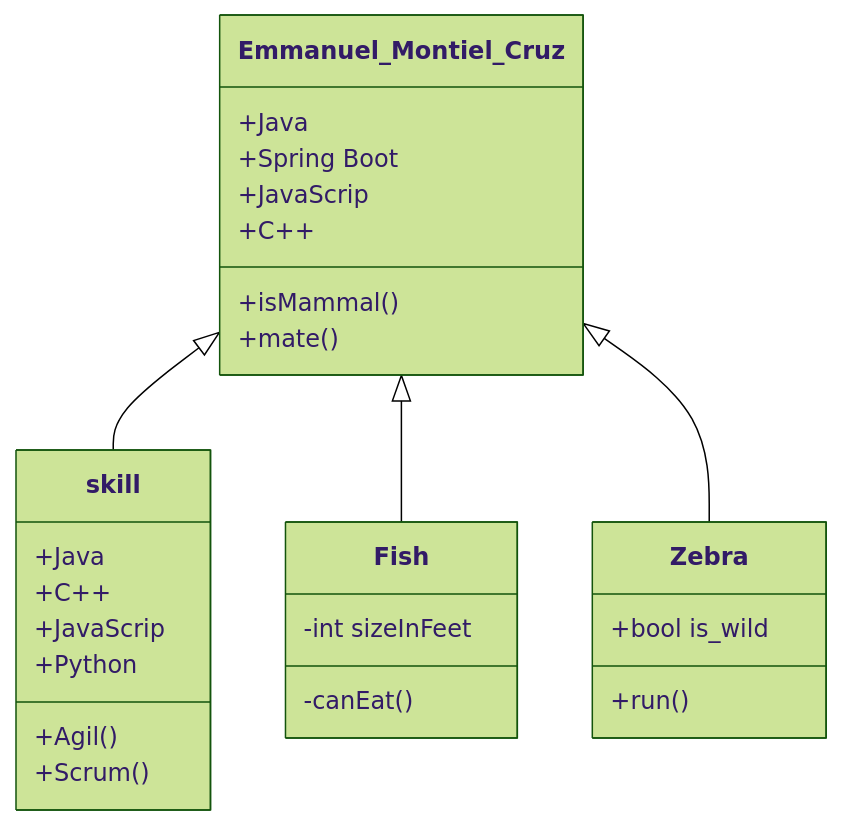
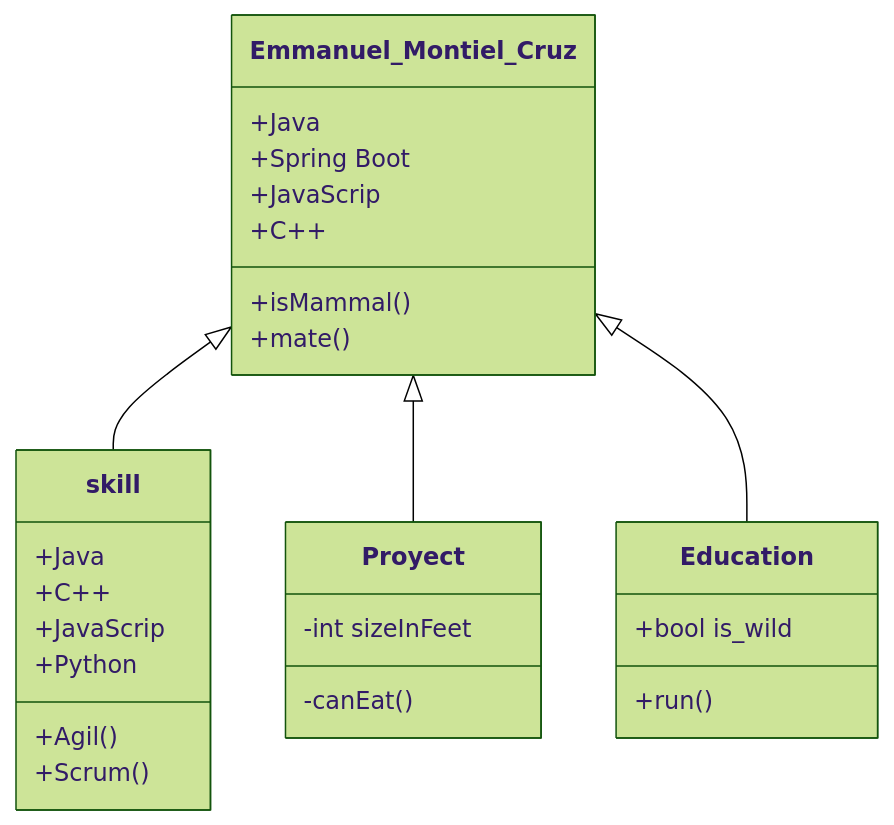
One commit to acmerev/acmerev changed the first of 2 diagrams in index.md. Above: the diagram before and after it, drawn with Mermaid (forest theme). The commit also changed other lines of this file, not shown here.

````diff
--- a/index.md
+++ b/index.md
@@ -44,28 +44,28 @@
 ```mermaid
   classDiagram
     Emmanuel_Montiel_Cruz <|-- skill
-    Emmanuel_Montiel_Cruz <|-- Fish
-    Emmanuel_Montiel_Cruz <|-- Zebra
+    Emmanuel_Montiel_Cruz <|-- Proyect
+    Emmanuel_Montiel_Cruz <|-- Education
     Emmanuel_Montiel_Cruz : +Java
     Emmanuel_Montiel_Cruz : +Spring Boot
     Emmanuel_Montiel_Cruz : +JavaScrip
     Emmanuel_Montiel_Cruz : +C++
     Emmanuel_Montiel_Cruz: +isMammal()
     Emmanuel_Montiel_Cruz: +mate()
     class skill{
         +Java
         +C++
         +JavaScrip
         +Python
         +Agil()
         +Scrum()
     }
-    class Fish{
+    class Proyect{
         -int sizeInFeet
         -canEat()
     }
-    class Zebra{
+    class Education{
         +bool is_wild
         +run()
     }
 ```
````
